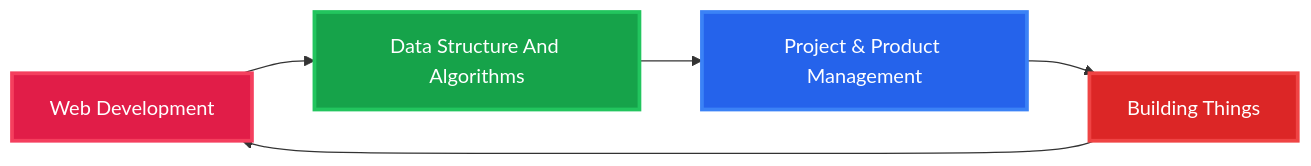
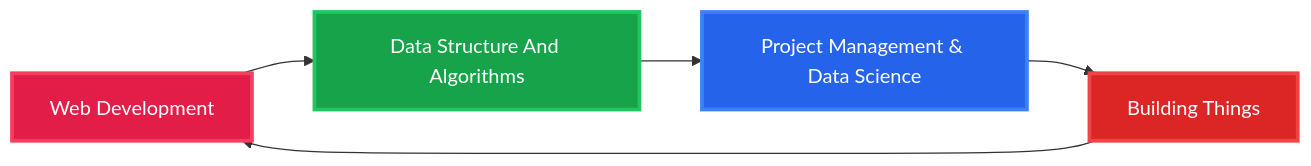
The diagram in README.md (bhavanahh/bhavanahh), drawn with Mermaid before and after one commit.

````diff
--- a/README.md
+++ b/README.md
@@ -35,12 +35,12 @@
 ```mermaid
 graph LR
     A[Web Development] --> B[Data Structure And Algorithms]
-    B --> C[Project & Product Management]
+    B --> C[Project Management & Data Science]
     C --> D[Building Things]
     D --> A
     
     style A fill:#e11d48,stroke:#f43f5e,stroke-width:3px,color:#ffffff
     style B fill:#16a34a,stroke:#22c55e,stroke-width:3px,color:#ffffff
     style C fill:#2563eb,stroke:#3b82f6,stroke-width:3px,color:#ffffff
     style D fill:#dc2626,stroke:#ef4444,stroke-width:3px,color:#ffffff
 ```
````
